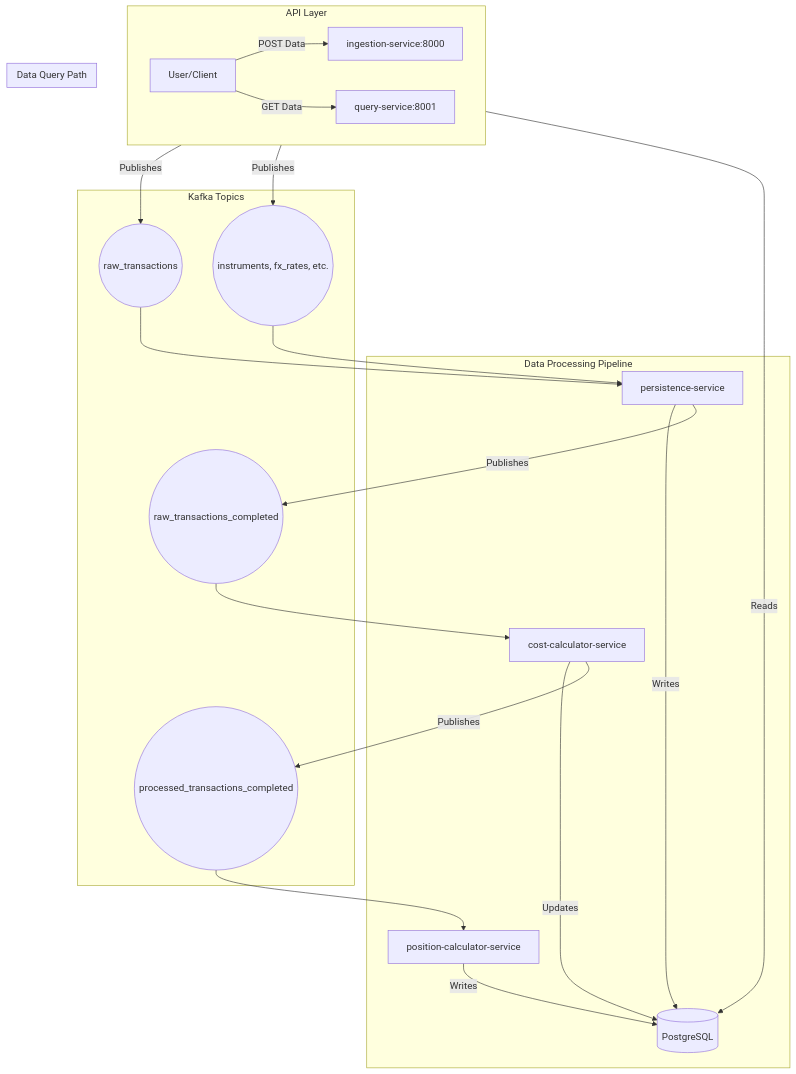
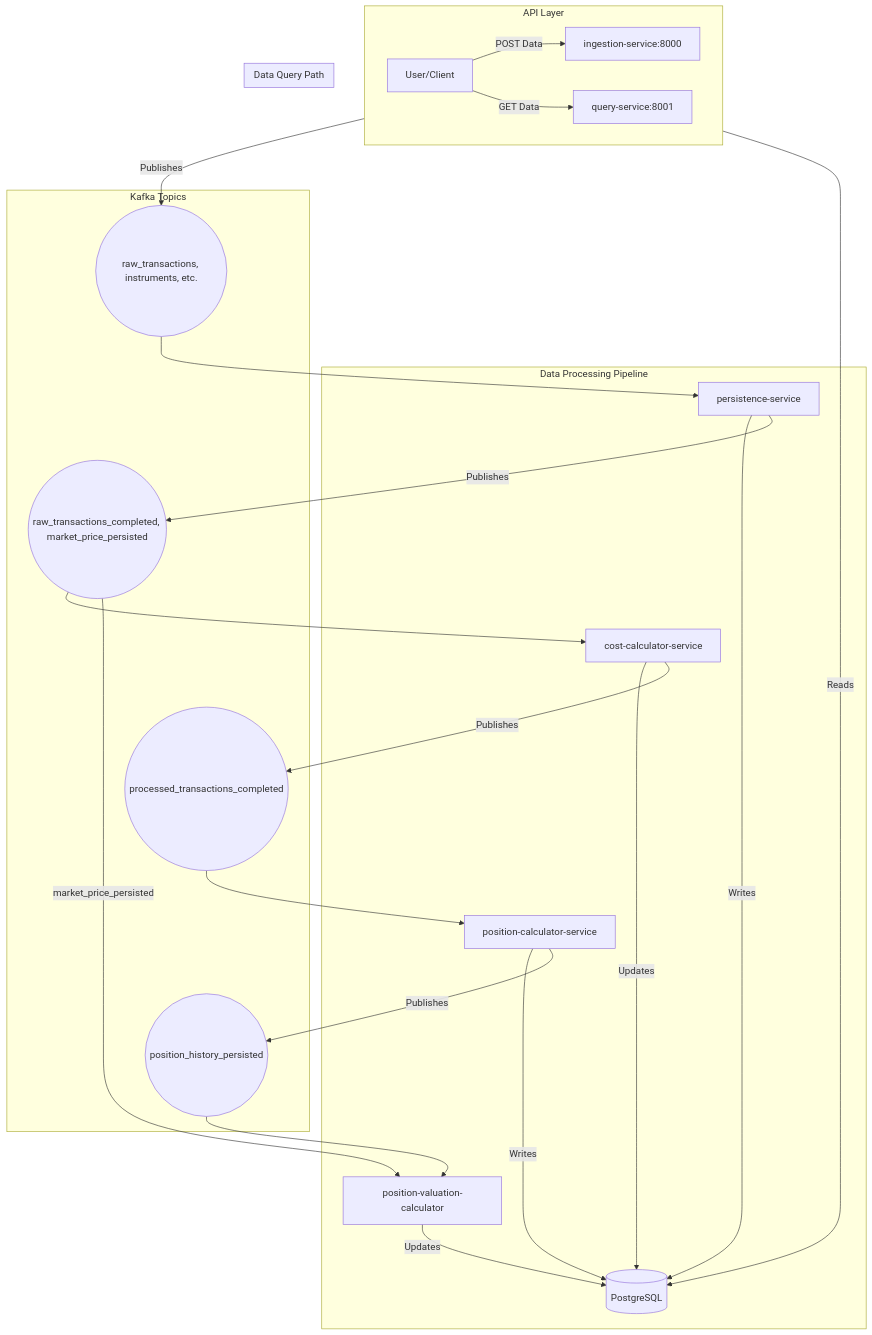
The diagram in README.md (sgajbi/portfolio-analytics-system), drawn with Mermaid before and after one commit. The commit also changed other lines of this file, not shown here.

Commit message:
docs: update readme with valuation service details

`````diff
--- a/README.md
+++ b/README.md
@@ -26,37 +27,39 @@
 ```mermaid
 graph TD
     subgraph "API Layer"
         direction LR
         User[User/Client] -- POST Data --> IngestionService[ingestion-service:8000];
         User -- GET Data --> QueryService[query-service:8001];
     end
 
     subgraph "Kafka Topics"
-        RawTransactions((raw_transactions));
-        RawCompleted((raw_transactions_completed));
-        ProcessedCompleted((processed_transactions_completed));
-        OtherRawData((instruments, fx_rates, etc.));
+        RawData((raw_transactions, instruments, etc.));
+        PersistenceCompleted((raw_transactions_completed, market_price_persisted));
+        CostCalculated((processed_transactions_completed));
+        PositionCalculated((position_history_persisted));
     end
 
     subgraph "Data Processing Pipeline"
-        IngestionService -- Publishes --> RawTransactions;
-        IngestionService -- Publishes --> OtherRawData;
+        IngestionService -- Publishes --> RawData;
 
-        RawTransactions --> PersistenceService[persistence-service];
-        OtherRawData --> PersistenceService;
+        RawData --> PersistenceService[persistence-service];
+        PersistenceService -- Writes --> DB[(PostgreSQL)];
+        PersistenceService -- Publishes --> PersistenceCompleted;
 
-        PersistenceService -- Writes --> DB[(PostgreSQL)];
-        PersistenceService -- Publishes --> RawCompleted;
+        PersistenceCompleted --> CostCalculator[cost-calculator-service];
+        CostCalculator -- Updates --> DB;
+        CostCalculator -- Publishes --> CostCalculated;
 
-        RawCompleted --> CostCalculator[cost-calculator-service];
-        CostCalculator -- Updates --> DB;
-        CostCalculator -- Publishes --> ProcessedCompleted;
+        CostCalculated --> PositionCalculator[position-calculator-service];
+        PositionCalculator -- Writes --> DB;
+        PositionCalculator -- Publishes --> PositionCalculated;
 
-        ProcessedCompleted --> PositionCalculator[position-calculator-service];
-        PositionCalculator -- Writes --> DB;
+        PositionCalculated --> ValuationCalculator[position-valuation-calculator];
+        PersistenceCompleted -- market_price_persisted --> ValuationCalculator;
+        ValuationCalculator -- Updates --> DB;
     end
 
     subgraph "Data Query Path"
         QueryService -- Reads --> DB;
     end
 ````
`````
